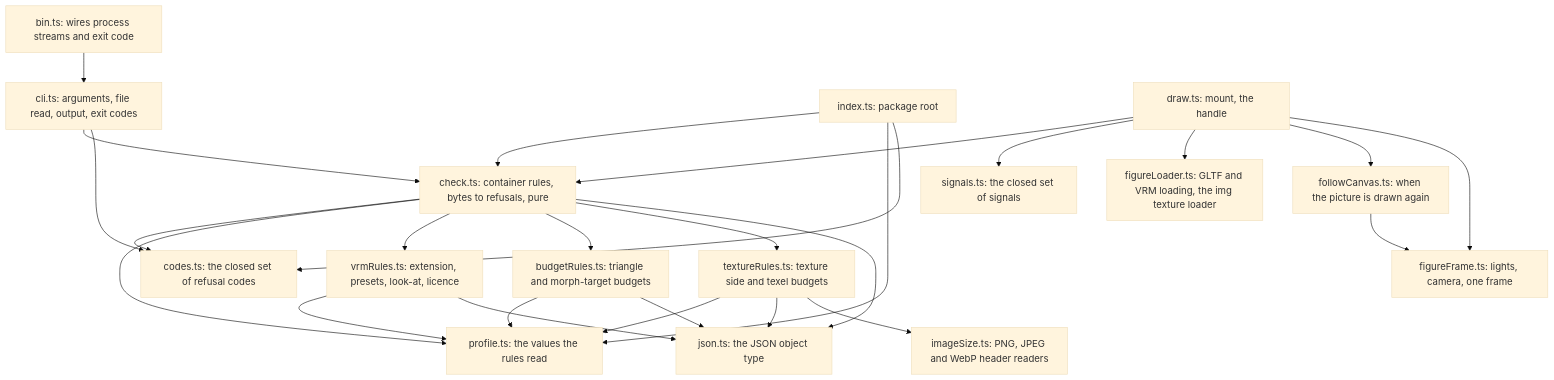
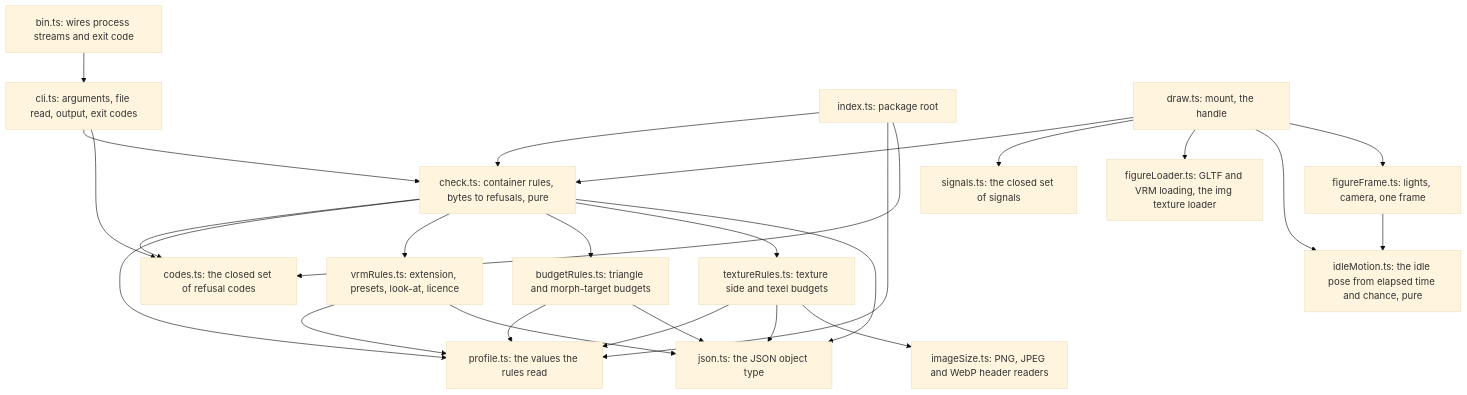
Before and after one commit to overnightworks/figure: the second of 4 diagrams in docs/ARCHITECTURE.md, drawn with Mermaid (base theme). The commit also changed other lines of this file and 6 other files, not shown here.

First line of the commit message:
Give a drawn figure its idle life: breathing, blinking, glancing (#29)

````diff
--- a/docs/ARCHITECTURE.md
+++ b/docs/ARCHITECTURE.md
@@ -25,36 +25,36 @@
 ```mermaid
 flowchart TD
     bin["bin.ts: wires process streams and exit code"] --> cli
     cli["cli.ts: arguments, file read, output, exit codes"] --> check
     cli --> codes
     check["check.ts: container rules, bytes to refusals, pure"] --> codes
     check --> profile
     check --> vrmRules
     check --> budgetRules
     check --> textureRules
     textureRules["textureRules.ts: texture side and texel budgets"] --> profile
     textureRules --> json
     textureRules --> imageSize
     imageSize["imageSize.ts: PNG, JPEG and WebP header readers"]
     vrmRules["vrmRules.ts: extension, presets, look-at, licence"] --> profile
     budgetRules["budgetRules.ts: triangle and morph-target budgets"] --> profile
     vrmRules --> json
     budgetRules --> json
     check --> json
     json["json.ts: the JSON object type"]
     profile["profile.ts: the values the rules read"]
     codes["codes.ts: the closed set of refusal codes"]
     index["index.ts: package root"] --> check
     index --> profile
     index --> codes
     draw["draw.ts: mount, the handle"] --> check
     draw --> signals
     draw --> figureLoader
-    draw --> followCanvas
+    draw --> idleMotion
     draw --> figureFrame
     figureLoader["figureLoader.ts: GLTF and VRM loading, the img texture loader"]
-    followCanvas["followCanvas.ts: when the picture is drawn again"]
-    followCanvas --> figureFrame
+    idleMotion["idleMotion.ts: the idle pose from elapsed time and chance, pure"]
     figureFrame["figureFrame.ts: lights, camera, one frame"]
+    figureFrame --> idleMotion
     signals["signals.ts: the closed set of signals"]
 ```
````
